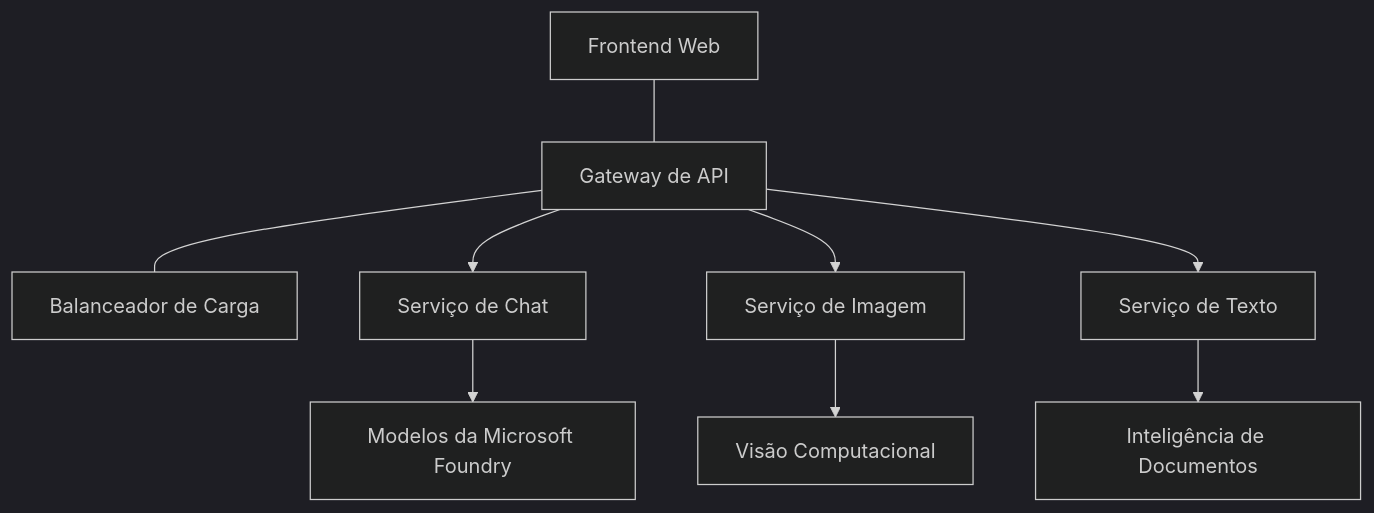
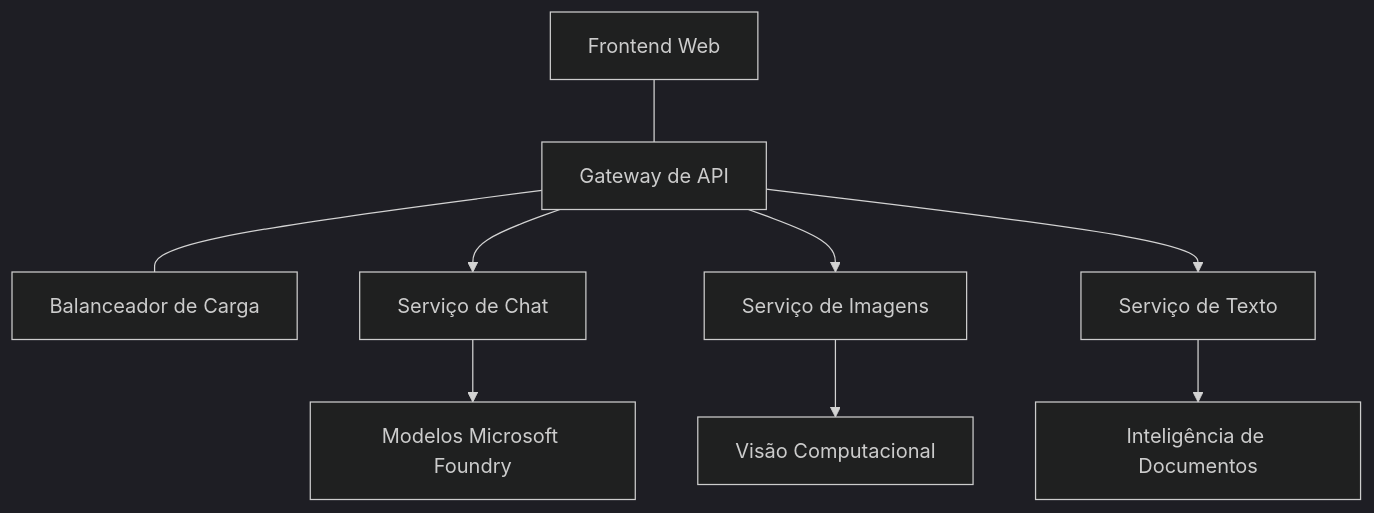
One commit to microsoft/AZD-for-beginners changed the diagram in translations/pt-BR/docs/chapter-08-production/production-ai-practices.md. Above: the diagram before and after it, drawn with Mermaid (dark theme). The commit also changed other lines of this file and 104 other files, not shown here.

````diff
--- a/translations/pt-BR/docs/chapter-08-production/production-ai-practices.md
+++ b/translations/pt-BR/docs/chapter-08-production/production-ai-practices.md
@@ -30,10 +30,10 @@
 ```mermaid
 graph TD
     Frontend[Frontend Web] --- Gateway[Gateway de API] --- LB[Balanceador de Carga]
     Gateway --> Chat[Serviço de Chat]
-    Gateway --> Image[Serviço de Imagem]
+    Gateway --> Image[Serviço de Imagens]
     Gateway --> Text[Serviço de Texto]
-    Chat --> OpenAI[Modelos da Microsoft Foundry]
+    Chat --> OpenAI[Modelos Microsoft Foundry]
     Image --> Vision[Visão Computacional]
     Text --> DocIntel[Inteligência de Documentos]
 ```
````
